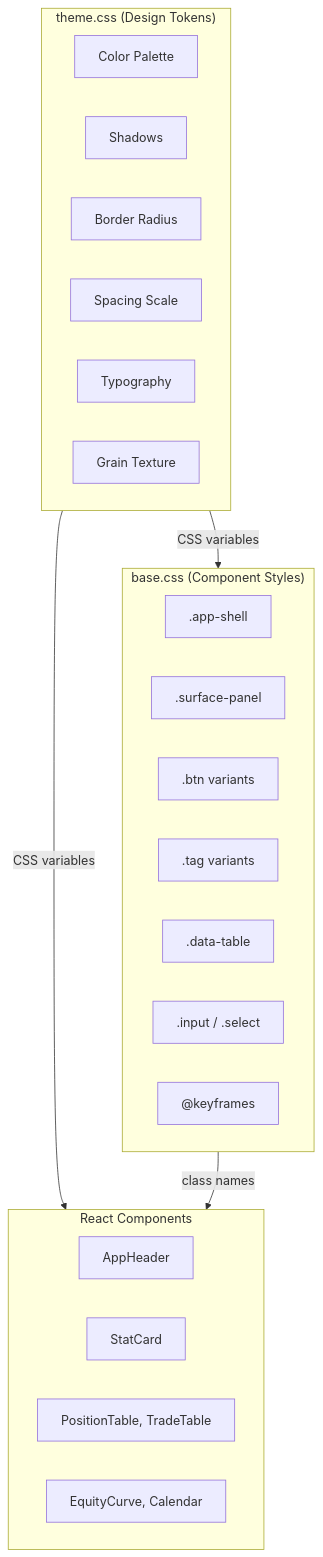
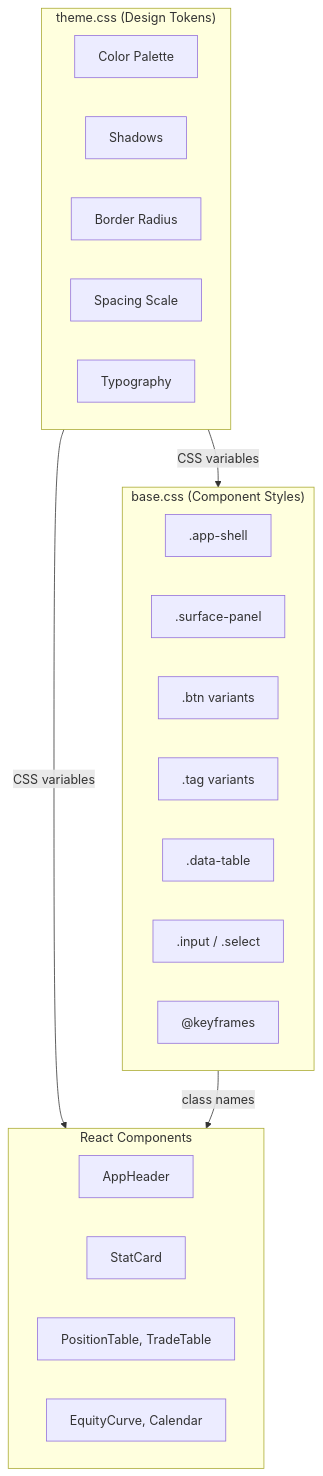
Before and after one commit to XUranus/ibkr-dash: the diagram in docs/docs/frontend/styling.md, drawn with Mermaid. The commit also changed other lines of this file and 152 other files, not shown here.

````diff
--- a/docs/docs/frontend/styling.md
+++ b/docs/docs/frontend/styling.md
@@ -31,32 +31,31 @@
 ```mermaid
 graph TB
     subgraph theme.css["theme.css (Design Tokens)"]
         Colors["Color Palette"]
         Shadows["Shadows"]
         Radius["Border Radius"]
         Spacing["Spacing Scale"]
         Typography["Typography"]
-        Grain["Grain Texture"]
     end
 
     subgraph base.css["base.css (Component Styles)"]
         Shell[".app-shell"]
         Panel[".surface-panel"]
         Buttons[".btn variants"]
         Tags[".tag variants"]
         Table[".data-table"]
         Input[".input / .select"]
         Animations["@keyframes"]
     end
 
     subgraph Components["React Components"]
         AppHeader
         StatCard
         Tables["PositionTable, TradeTable"]
         Charts["EquityCurve, Calendar"]
     end
 
     theme.css -->|"CSS variables"| base.css
     theme.css -->|"CSS variables"| Components
     base.css -->|"class names"| Components
 ```
````
